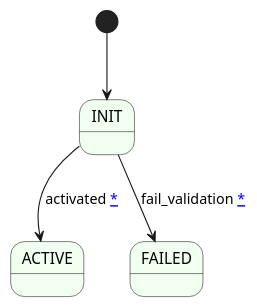
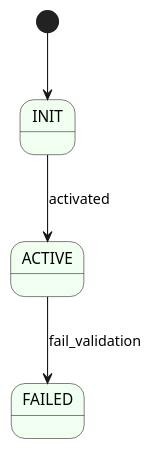
Before and after one commit to ONSdigital/rm-sample-service: the diagram in diagrams/sample-summary-state.puml, drawn with PlantUML. The commit also changed 12 other files, not shown here.

First line of the commit message:
Sample Unit validation (#206)

```diff
--- a/diagrams/sample-summary-state.puml
+++ b/diagrams/sample-summary-state.puml
@@ -1,9 +1,9 @@
 @startuml
 skinparam state {
     BackgroundColor HoneyDew
 }
 
 [*] --> INIT
-INIT --> ACTIVE : activated [[https://github.com/ONSdigital/rm-sample-service/blob/main/src/main/java/uk/gov/ons/ctp/response/sample/service/impl/SampleServiceImpl.java#L180 *]]
-INIT --> FAILED : fail_validation [[https://github.com/ONSdigital/rm-sample-service/blob/main/src/main/java/uk/gov/ons/ctp/response/sample/service/impl/SampleServiceImpl.java#L286 *]]
+INIT --> ACTIVE : activated
+ACTIVE --> FAILED : fail_validation
 @enduml
```
